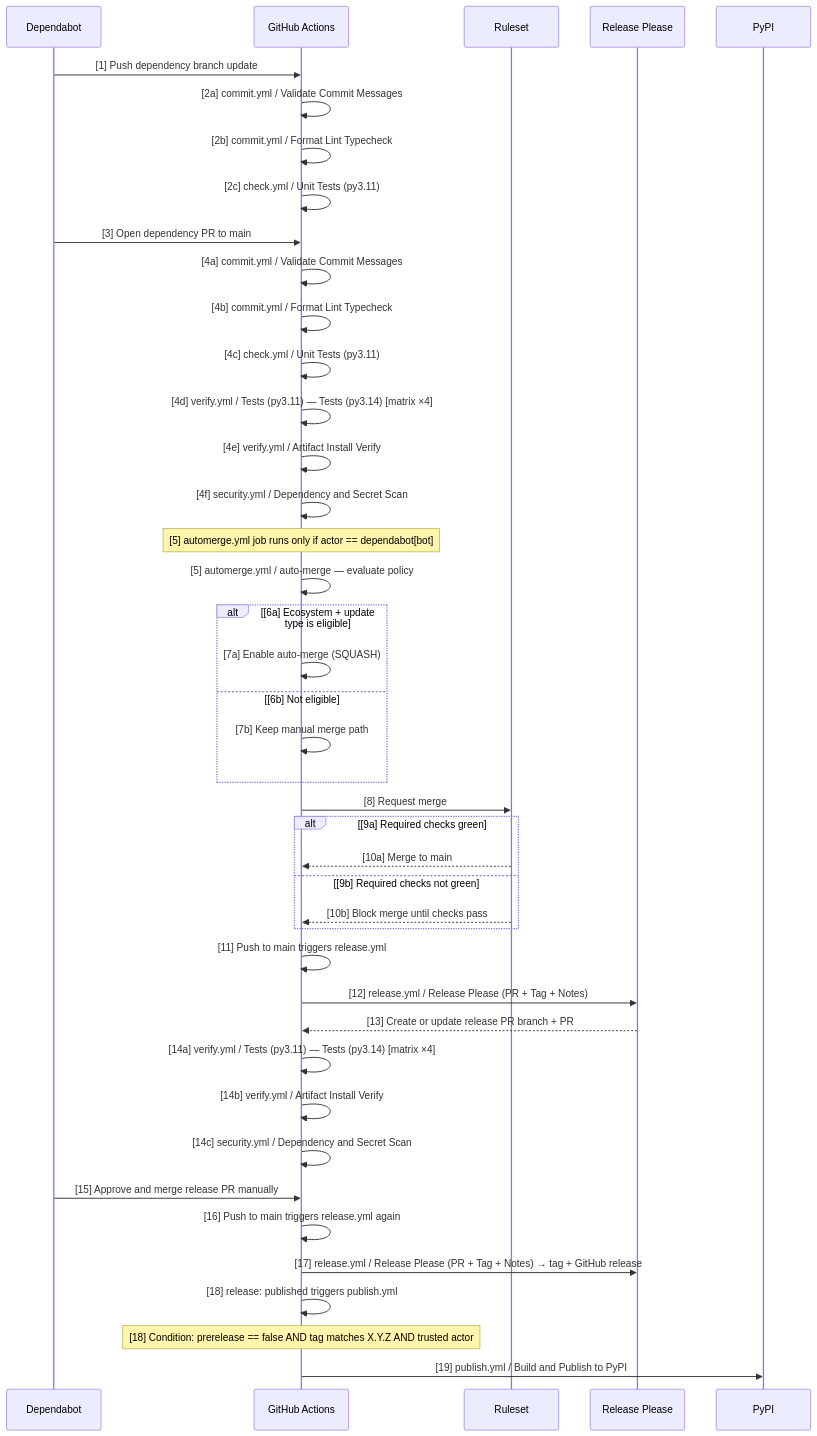
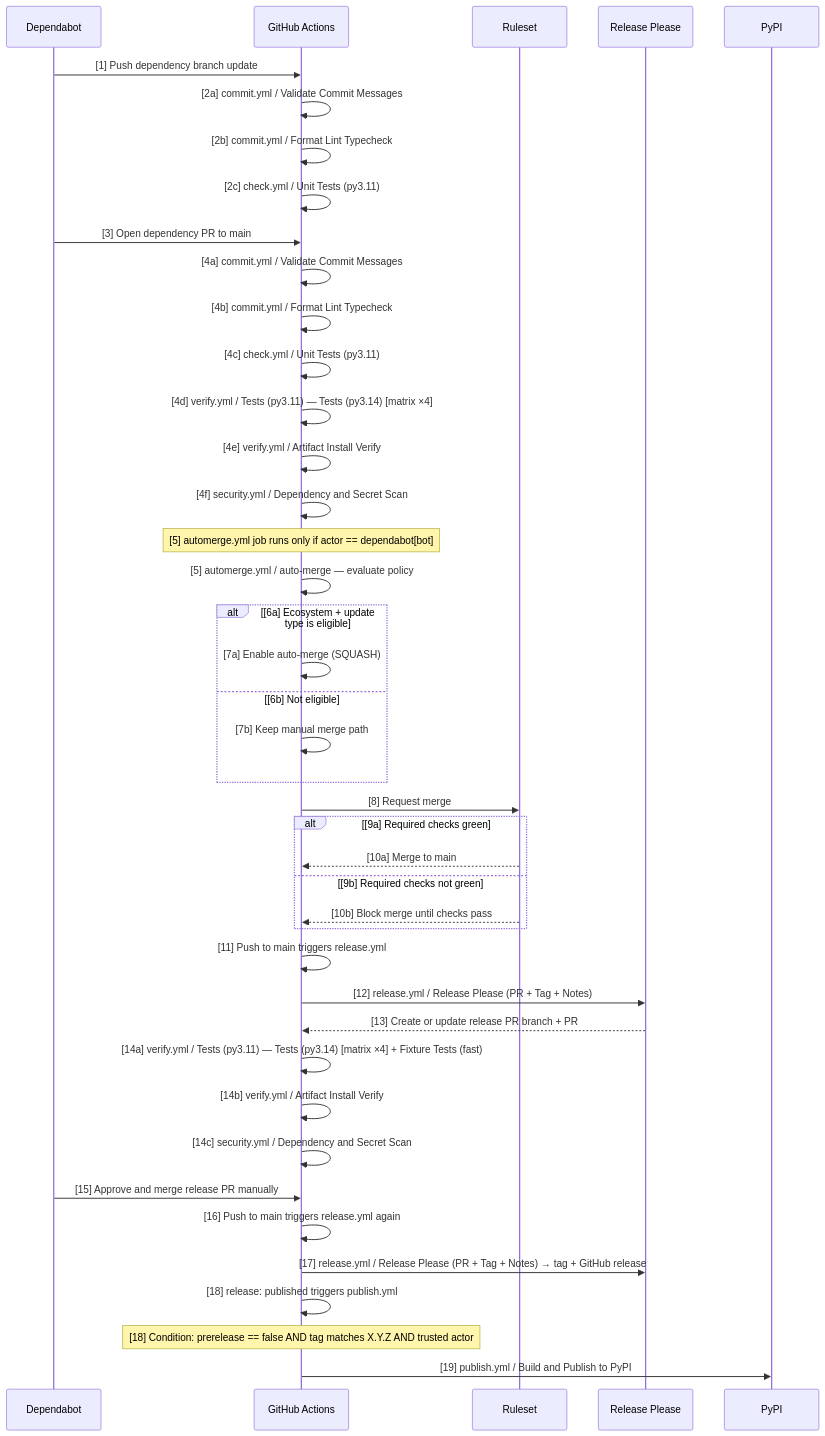
Before and after one commit to eschaar/vstack: the second of 2 diagrams in docs/design/cicd.md, drawn with Mermaid. The commit also changed other lines of this file and 214 other files, not shown here.

````diff
--- a/docs/design/cicd.md
+++ b/docs/design/cicd.md
@@ -101,49 +101,49 @@
 ```mermaid
 sequenceDiagram
    participant DB as Dependabot
    participant GH as GitHub Actions
    participant BP as Ruleset
    participant RP as Release Please
    participant PyPI as PyPI
 
    DB->>GH: [1] Push dependency branch update
    GH->>GH: [2a] commit.yml / Validate Commit Messages
    GH->>GH: [2b] commit.yml / Format Lint Typecheck
    GH->>GH: [2c] check.yml / Unit Tests (py3.11)
 
    DB->>GH: [3] Open dependency PR to main
    GH->>GH: [4a] commit.yml / Validate Commit Messages
    GH->>GH: [4b] commit.yml / Format Lint Typecheck
    GH->>GH: [4c] check.yml / Unit Tests (py3.11)
    GH->>GH: [4d] verify.yml / Tests (py3.11) — Tests (py3.14) [matrix ×4]
    GH->>GH: [4e] verify.yml / Artifact Install Verify
    GH->>GH: [4f] security.yml / Dependency and Secret Scan
    Note over GH: [5] automerge.yml job runs only if actor == dependabot[bot]
    GH->>GH: [5] automerge.yml / auto-merge — evaluate policy
    alt [6a] Ecosystem + update type is eligible
       GH->>GH: [7a] Enable auto-merge (SQUASH)
    else [6b] Not eligible
       GH->>GH: [7b] Keep manual merge path
    end
    GH->>BP: [8] Request merge
    alt [9a] Required checks green
       BP-->>GH: [10a] Merge to main
    else [9b] Required checks not green
       BP-->>GH: [10b] Block merge until checks pass
    end
 
    GH->>GH: [11] Push to main triggers release.yml
    GH->>RP: [12] release.yml / Release Please (PR + Tag + Notes)
    RP-->>GH: [13] Create or update release PR branch + PR
-   GH->>GH: [14a] verify.yml / Tests (py3.11) — Tests (py3.14) [matrix ×4]
+   GH->>GH: [14a] verify.yml / Tests (py3.11) — Tests (py3.14) [matrix ×4] + Fixture Tests (fast)
    GH->>GH: [14b] verify.yml / Artifact Install Verify
    GH->>GH: [14c] security.yml / Dependency and Secret Scan
 
    DB->>GH: [15] Approve and merge release PR manually
    GH->>GH: [16] Push to main triggers release.yml again
    GH->>RP: [17] release.yml / Release Please (PR + Tag + Notes) → tag + GitHub release
 
    GH->>GH: [18] release: published triggers publish.yml
    Note over GH: [18] Condition: prerelease == false AND tag matches X.Y.Z AND trusted actor
    GH->>PyPI: [19] publish.yml / Build and Publish to PyPI
 ```
````
